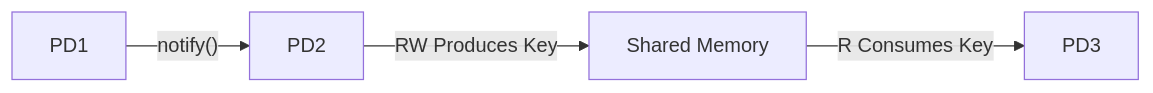
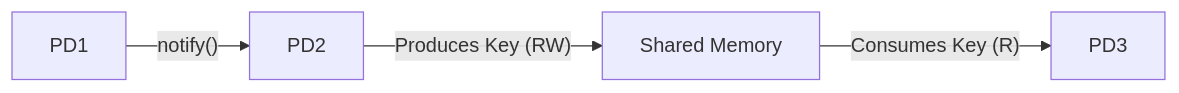
One commit to tycho-bro-hey/keygen_seL4 changed the diagram in README.md. Above: the diagram before and after it, drawn with Mermaid.

Commit message:
fixing mermaid syntax

````diff
--- a/README.md
+++ b/README.md
@@ -10,6 +10,6 @@
 ```mermaid
 graph LR
 A[PD1] -- notify() --> B[PD2] 
-B -- RW Produces Key --> C[Shared Memory]
-C -- R Consumes Key --> D[PD3]
+B -- Produces Key (RW) --> C[Shared Memory]
+C -- Consumes Key (R) --> D[PD3]
 ```
````
